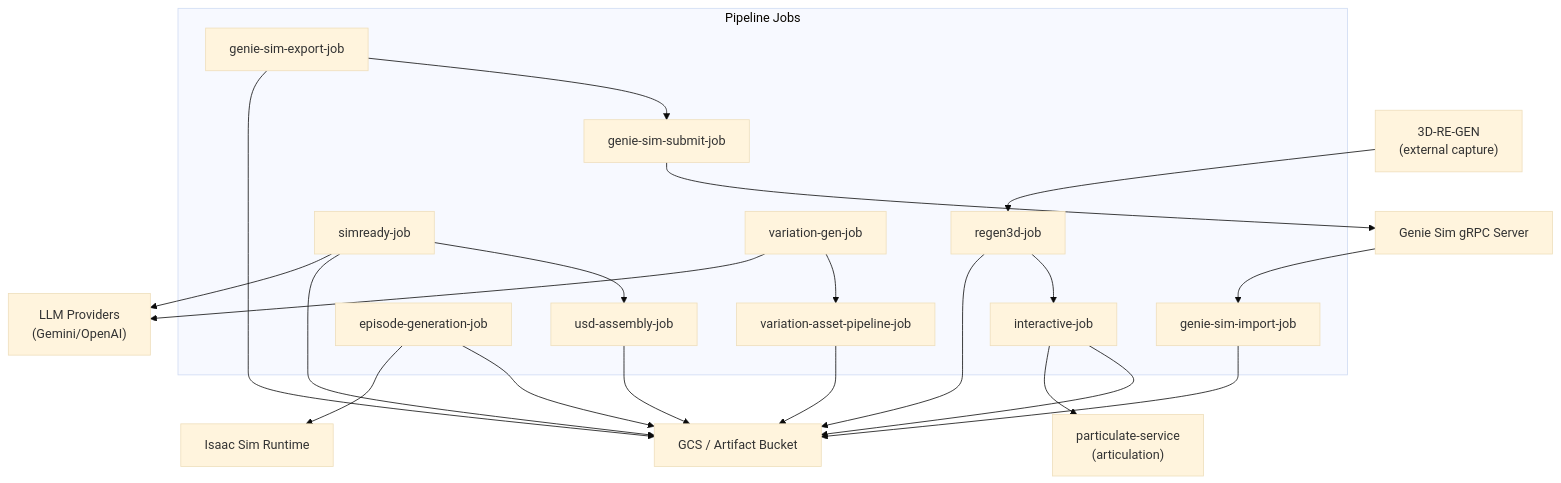
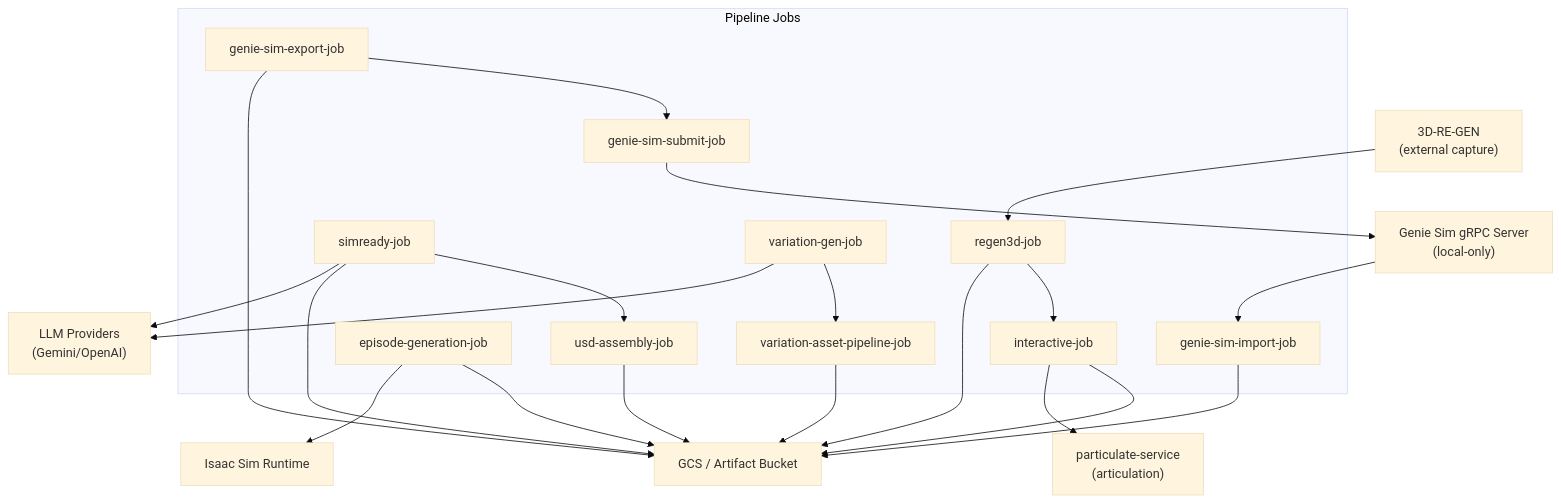
One commit to ognjhunt/BlueprintPipeline changed the diagram in docs/architecture/service-interactions.md. Above: the diagram before and after it, drawn with Mermaid (base theme). The commit also changed other lines of this file and 11 other files, not shown here.

Commit message:
Clarify local-only Genie Sim workflows

````diff
--- a/docs/architecture/service-interactions.md
+++ b/docs/architecture/service-interactions.md
@@ -8,51 +8,51 @@
 ```mermaid
 flowchart TB
     %% Job runners
     subgraph Jobs[Pipeline Jobs]
         regen3djob["regen3d-job"]
         interactivejob["interactive-job"]
         simreadyjob["simready-job"]
         usdasmbjob["usd-assembly-job"]
         episodejob["episode-generation-job"]
         variationjob["variation-gen-job"]
         variationassetjob["variation-asset-pipeline-job"]
         geniesimexportjob["genie-sim-export-job"]
         geniesimsubmitjob["genie-sim-submit-job"]
         geniesimimportjob["genie-sim-import-job"]
     end
 
     %% Internal services
     particulate["particulate-service\n(articulation)" ]
 
     %% External systems
     gcs["GCS / Artifact Bucket"]
-    geniesimgrpc["Genie Sim gRPC Server"]
+    geniesimgrpc["Genie Sim gRPC Server\n(local-only)"]
     isaacsim["Isaac Sim Runtime"]
     llm["LLM Providers\n(Gemini/OpenAI)"]
     regen3dext["3D-RE-GEN\n(external capture)"]
 
     %% Data flow
     regen3dext --> regen3djob
     regen3djob --> gcs
     regen3djob --> interactivejob
     interactivejob --> particulate
     interactivejob --> gcs
 
     simreadyjob --> llm
     simreadyjob --> gcs
     simreadyjob --> usdasmbjob
     usdasmbjob --> gcs
 
     variationjob --> llm
     variationjob --> variationassetjob
     variationassetjob --> gcs
 
     episodejob --> isaacsim
     episodejob --> gcs
 
     geniesimexportjob --> gcs
     geniesimexportjob --> geniesimsubmitjob
     geniesimsubmitjob --> geniesimgrpc
     geniesimgrpc --> geniesimimportjob
     geniesimimportjob --> gcs
 ```
````
